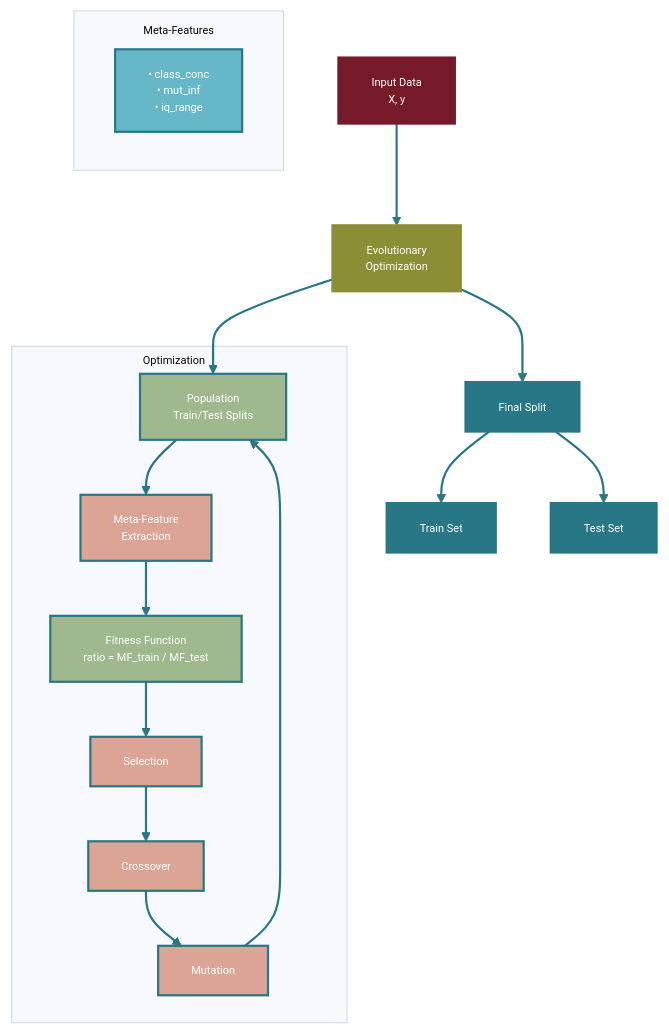
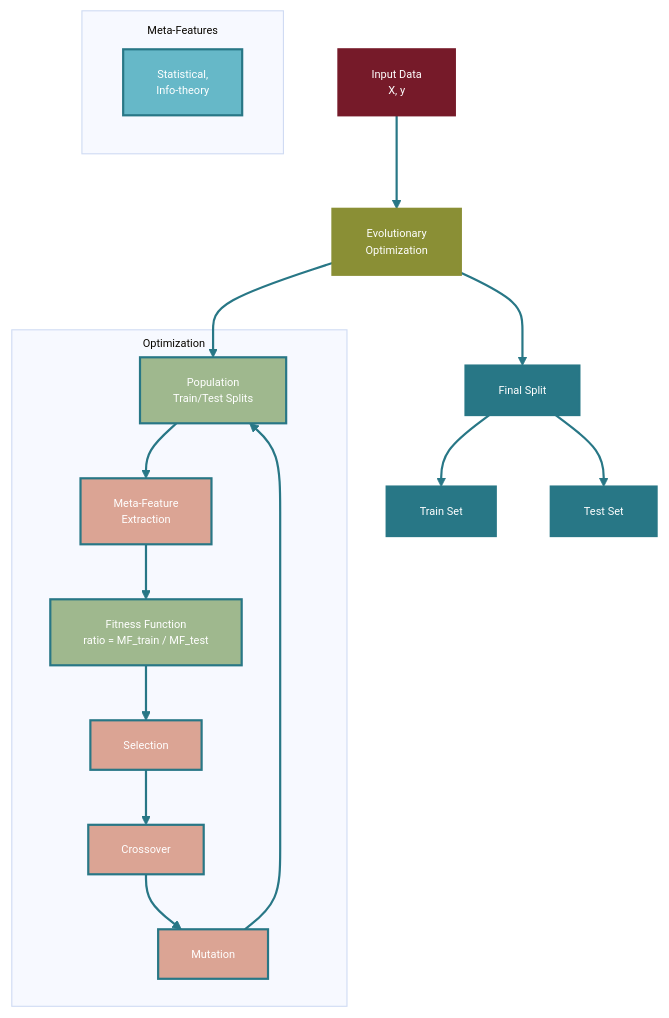
One commit to ITMO-NSS-team/OOD_Tab_Evaluation changed the first of 2 diagrams in README.md. Above: the diagram before and after it, drawn with Mermaid. The commit also changed other lines of this file, not shown here.

````diff
--- a/README.md
+++ b/README.md
@@ -54,37 +54,37 @@
 ```mermaid
 %%{init: {'theme': 'base', 'themeVariables': { 'fontSize': '10px' }}}%%
 graph TD
     A[Input Data<br/>X, y] --> C[Evolutionary<br/>Optimization]
     
     subgraph Meta-Features["<div style='text-align: center; margin-top: 10px;'>Meta-Features</div>"]
-        D["• class_conc<br/>• mut_inf<br/>• iq_range"]
+        D["Statistical,<br/>Info-theory"]
     end
     
     subgraph Optimization["<div style='text-align: right; margin-top: 5px; margin-right: 10px;'>Optimization</div>"]
         E["Population<br/>Train/Test Splits"] --> F["Meta-Feature<br/>Extraction"]
         F --> G["Fitness Function<br/>ratio = MF_train / MF_test"]
         G --> H["Selection"]
         H --> I["Crossover"]
         I --> J["Mutation"]
         J --> E
     end
     
     C --> E
     C --> K["Final Split"]
     K --> L["Train Set"] & M["Test Set"]
     
     style A fill:#761A29,stroke:#761A29,stroke-width:2px,color:#fff
     style C fill:#8A8F35,stroke:#8A8F35,stroke-width:2px,color:#fff
     style K fill:#287786,stroke:#287786,stroke-width:2px,color:#fff
     style L fill:#287786,stroke:#287786,stroke-width:2px,color:#fff
     style M fill:#287786,stroke:#287786,stroke-width:2px,color:#fff
     style D fill:#66B8C8,stroke:#287786,stroke-width:2px,color:#fff
     style E fill:#9FB88E,stroke:#287786,stroke-width:2px,color:#fff
     style F fill:#DBA494,stroke:#287786,stroke-width:2px,color:#fff
     style G fill:#9FB88E,stroke:#287786,stroke-width:2px,color:#fff
     style H fill:#DBA494,stroke:#287786,stroke-width:2px,color:#fff
     style I fill:#DBA494,stroke:#287786,stroke-width:2px,color:#fff
     style J fill:#DBA494,stroke:#287786,stroke-width:2px,color:#fff
     
     linkStyle default stroke:#287786,stroke-width:2px
 ```
````
